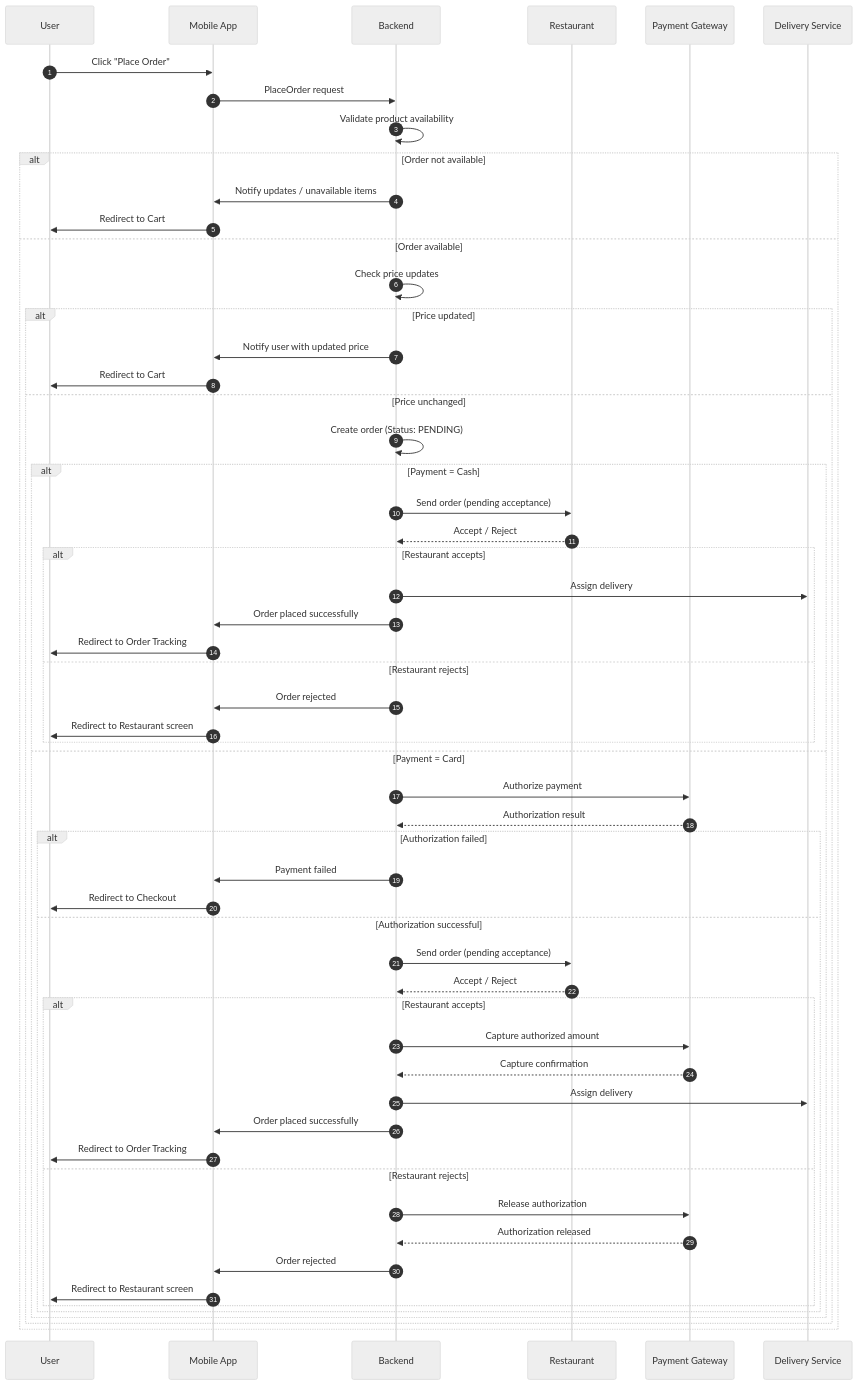
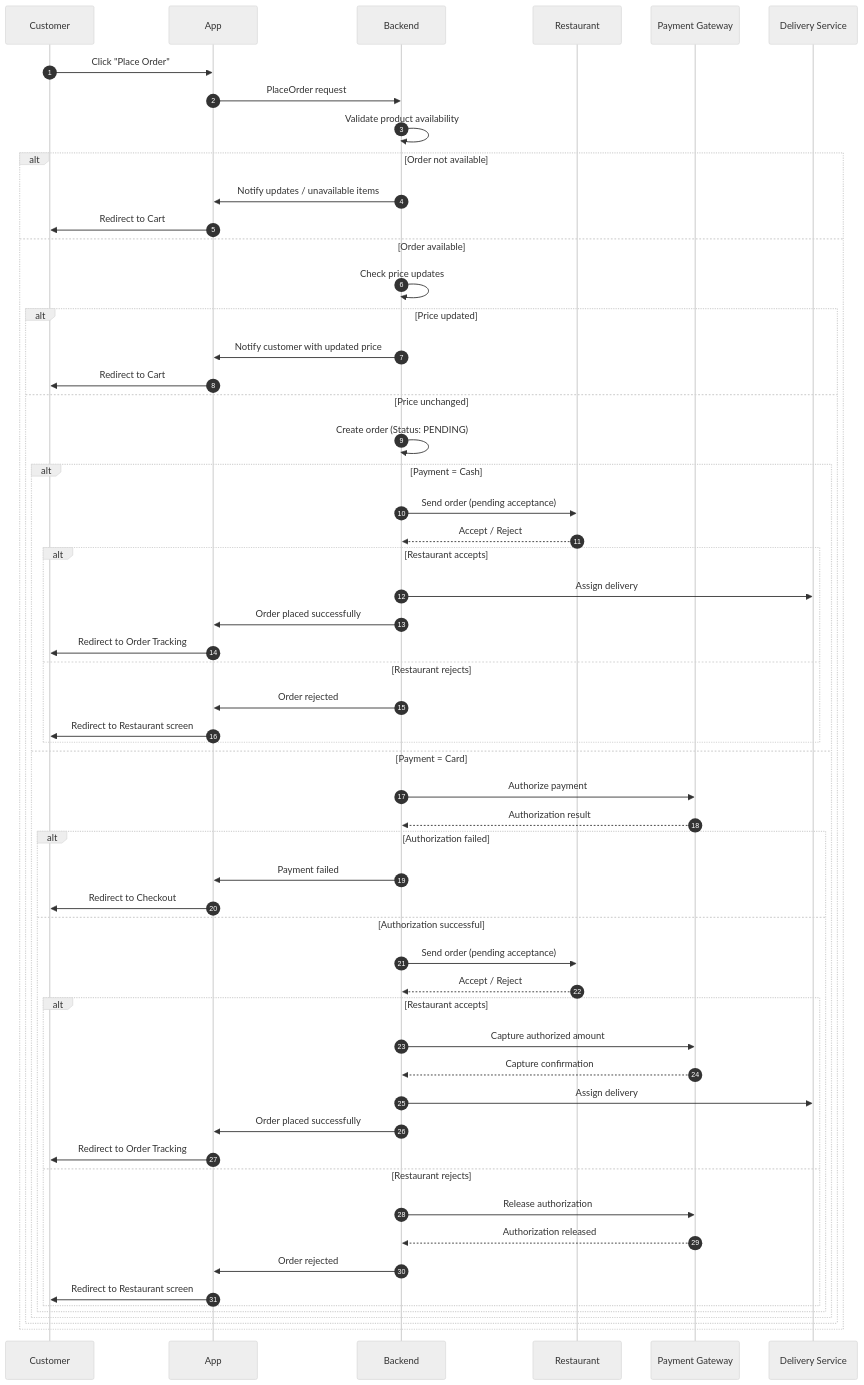
One commit to Swilam20/Food-Delivery-System changed the second of 3 diagrams in README.md. Above: the diagram before and after it, drawn with Mermaid (neutral theme). The commit also changed other lines of this file, not shown here.

Commit message:
Update README to use 'customer' instead of 'user'

````diff
--- a/README.md
+++ b/README.md
@@ -254,78 +254,78 @@
 ```mermaid
 sequenceDiagram
     autonumber
 
-    participant U as User
-    participant A as Mobile App
+    participant U as Customer
+    participant A as App
     participant B as Backend
     participant R as Restaurant
     participant P as Payment Gateway
     participant D as Delivery Service
 
     %% =========================
     %% Start & Validation
     %% =========================
     U->>A: Click "Place Order"
     A->>B: PlaceOrder request
 
     B->>B: Validate product availability
     alt Order not available
         B->>A: Notify updates / unavailable items
         A->>U: Redirect to Cart
     else Order available
         B->>B: Check price updates
         alt Price updated
-            B->>A: Notify user with updated price
+            B->>A: Notify customer with updated price
             A->>U: Redirect to Cart
         else Price unchanged
             %% =========================
             %% Order Creation
             %% =========================
             B->>B: Create order (Status: PENDING)
 
             %% =========================
             %% Payment Method Decision
             %% =========================
             alt Payment = Cash
                 %% ===== Cash Flow =====
                 B->>R: Send order (pending acceptance)
                 R-->>B: Accept / Reject
 
                 alt Restaurant accepts
                     B->>D: Assign delivery
                     B->>A: Order placed successfully
                     A->>U: Redirect to Order Tracking
                 else Restaurant rejects
                     B->>A: Order rejected
                     A->>U: Redirect to Restaurant screen
                 end
 
             else Payment = Card
                 %% ===== Card Authorization =====
                 B->>P: Authorize payment
                 P-->>B: Authorization result
 
                 alt Authorization failed
                     B->>A: Payment failed
                     A->>U: Redirect to Checkout
                 else Authorization successful
                     B->>R: Send order (pending acceptance)
                     R-->>B: Accept / Reject
 
                     alt Restaurant accepts
                         B->>P: Capture authorized amount
                         P-->>B: Capture confirmation
                         B->>D: Assign delivery
                         B->>A: Order placed successfully
                         A->>U: Redirect to Order Tracking
                     else Restaurant rejects
                         B->>P: Release authorization
                         P-->>B: Authorization released
                         B->>A: Order rejected
                         A->>U: Redirect to Restaurant screen
                     end
                 end
             end
         end
     end
 ```
````
